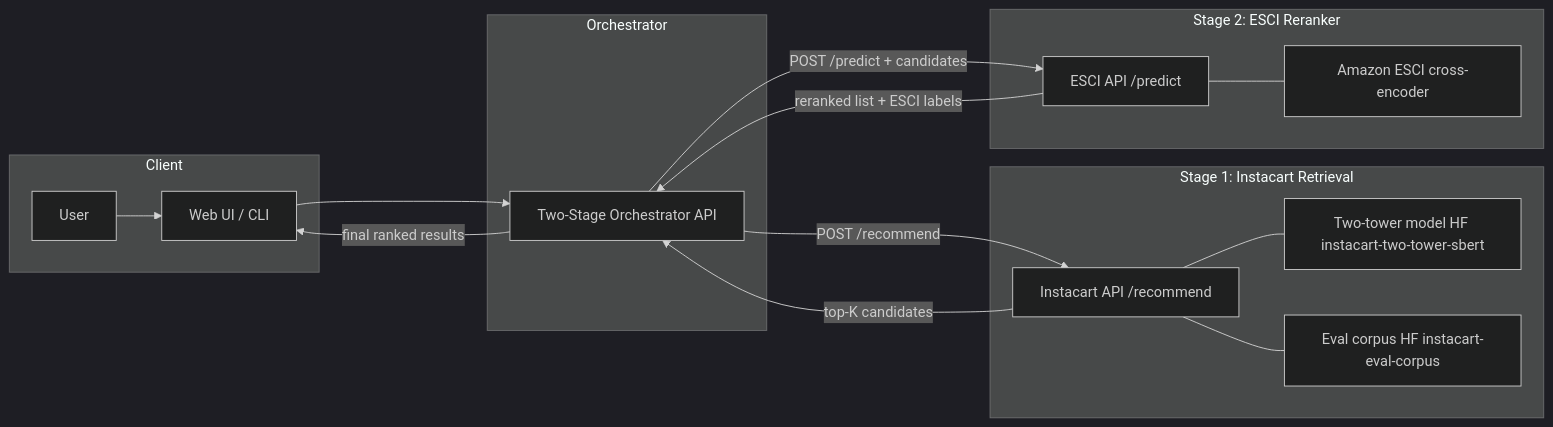
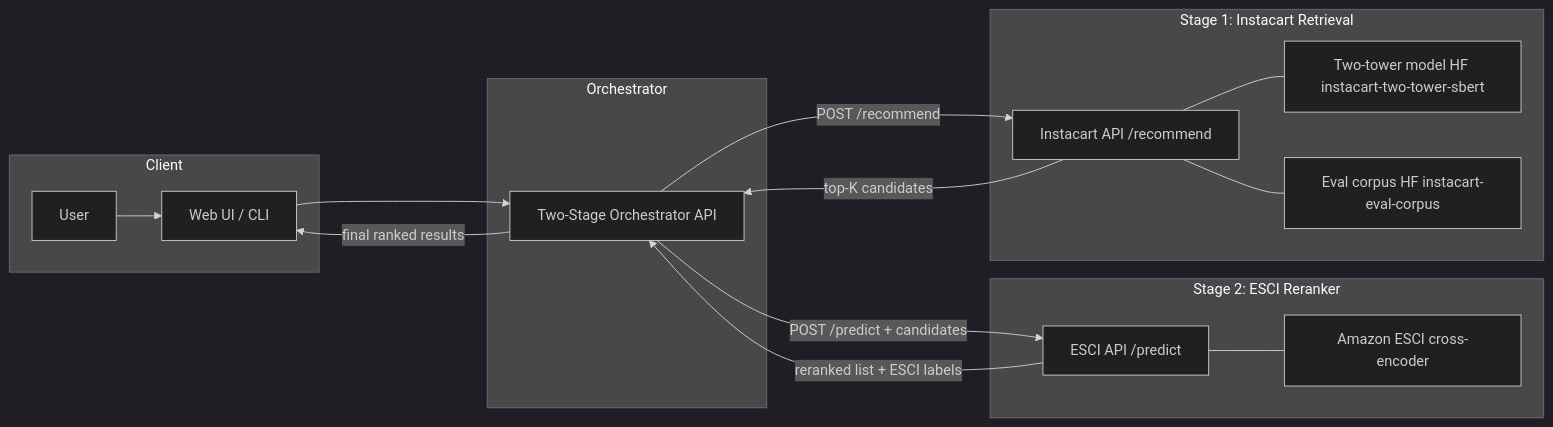
Before and after one commit to chen-bowen/Hybrid-E-commerce-Search: the diagram in README.md, drawn with Mermaid (dark theme). The commit also changed other lines of this file, not shown here.

Commit message:
fix mermaid diagram

````diff
--- a/README.md
+++ b/README.md
@@ -114,33 +114,33 @@
 ```mermaid
 flowchart LR
   subgraph Client
     user[User]
     ui[Web UI / CLI]
   end
 
   subgraph Orchestrator
     orchestrator[Two-Stage Orchestrator API]
   end
 
+  subgraph Stage2["Stage 2: ESCI Reranker"]
+    s2api[ESCI API /predict]
+    s2model[Amazon ESCI cross-encoder]
+  end
+
   subgraph Stage1["Stage 1: Instacart Retrieval"]
     s1api[Instacart API /recommend]
     s1model[Two-tower model HF instacart-two-tower-sbert]
     s1corpus[Eval corpus HF instacart-eval-corpus]
-  end
-
-  subgraph Stage2["Stage 2: ESCI Reranker"]
-    s2api[ESCI API /predict]
-    s2model[Amazon ESCI cross-encoder]
   end
 
   user --> ui --> orchestrator
   orchestrator -->|POST /recommend| s1api
   s1api -->|top-K candidates| orchestrator
   orchestrator -->|POST /predict + candidates| s2api
   s2api -->|reranked list + ESCI labels| orchestrator
   orchestrator -->|final ranked results| ui
 
   s1api --- s1model
   s1api --- s1corpus
   s2api --- s2model
 ```
````
